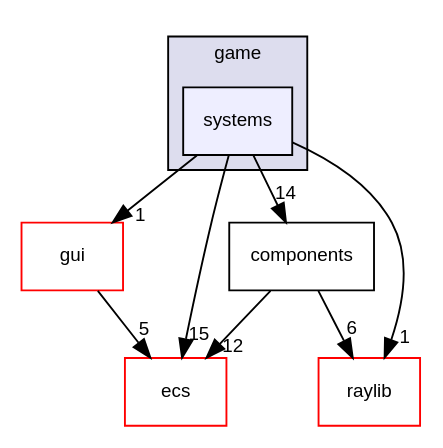
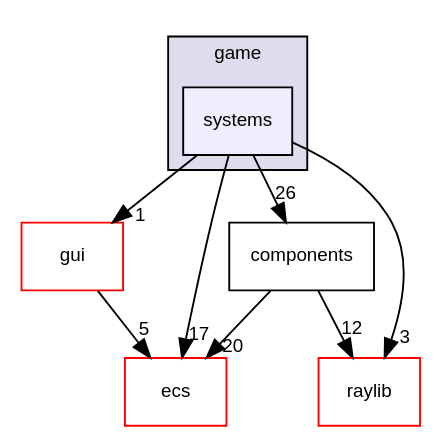
One commit to MisterPeModder/Bomberman-Global-Offensive changed the diagram in dir_46fb37fa78f646487908f22377b88dd8_dep.dot. Above: the diagram before and after it, drawn with Graphviz. The commit also changed 588 other files, not shown here.

```diff
--- a/dir_46fb37fa78f646487908f22377b88dd8_dep.dot
+++ b/dir_46fb37fa78f646487908f22377b88dd8_dep.dot
@@ -1,20 +1,20 @@
 digraph "src/game/systems" {
   compound=true
   node [ fontsize="10", fontname="Helvetica"];
   edge [ labelfontsize="10", labelfontname="Helvetica"];
   subgraph clusterdir_1699be727a800b1d059c6f7f2b91d2ee {
     graph [ bgcolor="#ddddee", pencolor="black", label="game" fontname="Helvetica", fontsize="10", URL="dir_1699be727a800b1d059c6f7f2b91d2ee.html"]
   dir_46fb37fa78f646487908f22377b88dd8 [shape=box, label="systems", style="filled", fillcolor="#eeeeff", pencolor="black", URL="dir_46fb37fa78f646487908f22377b88dd8.html"];
   }
   dir_a5f74f5d785ec5e5a721a58d25c88c44 [shape=box label="components" URL="dir_a5f74f5d785ec5e5a721a58d25c88c44.html"];
   dir_0eb5bc4df32830927d4599d5e42d522d [shape=box label="gui" fillcolor="white" style="filled" color="red" URL="dir_0eb5bc4df32830927d4599d5e42d522d.html"];
   dir_ddca5f149c4ce13074f28b270e950ba9 [shape=box label="ecs" fillcolor="white" style="filled" color="red" URL="dir_ddca5f149c4ce13074f28b270e950ba9.html"];
   dir_d4cc5f0b3cfddd1b0952a9e00053f649 [shape=box label="raylib" fillcolor="white" style="filled" color="red" URL="dir_d4cc5f0b3cfddd1b0952a9e00053f649.html"];
-  dir_a5f74f5d785ec5e5a721a58d25c88c44->dir_ddca5f149c4ce13074f28b270e950ba9 [headlabel="12", labeldistance=1.5 headhref="dir_000008_000001.html"];
-  dir_a5f74f5d785ec5e5a721a58d25c88c44->dir_d4cc5f0b3cfddd1b0952a9e00053f649 [headlabel="6", labeldistance=1.5 headhref="dir_000008_000009.html"];
-  dir_46fb37fa78f646487908f22377b88dd8->dir_a5f74f5d785ec5e5a721a58d25c88c44 [headlabel="14", labeldistance=1.5 headhref="dir_000016_000008.html"];
-  dir_46fb37fa78f646487908f22377b88dd8->dir_0eb5bc4df32830927d4599d5e42d522d [headlabel="1", labeldistance=1.5 headhref="dir_000016_000011.html"];
-  dir_46fb37fa78f646487908f22377b88dd8->dir_ddca5f149c4ce13074f28b270e950ba9 [headlabel="15", labeldistance=1.5 headhref="dir_000016_000001.html"];
-  dir_46fb37fa78f646487908f22377b88dd8->dir_d4cc5f0b3cfddd1b0952a9e00053f649 [headlabel="1", labeldistance=1.5 headhref="dir_000016_000009.html"];
-  dir_0eb5bc4df32830927d4599d5e42d522d->dir_ddca5f149c4ce13074f28b270e950ba9 [headlabel="5", labeldistance=1.5 headhref="dir_000011_000001.html"];
+  dir_a5f74f5d785ec5e5a721a58d25c88c44->dir_ddca5f149c4ce13074f28b270e950ba9 [headlabel="20", labeldistance=1.5 headhref="dir_000008_000001.html"];
+  dir_a5f74f5d785ec5e5a721a58d25c88c44->dir_d4cc5f0b3cfddd1b0952a9e00053f649 [headlabel="12", labeldistance=1.5 headhref="dir_000008_000010.html"];
+  dir_46fb37fa78f646487908f22377b88dd8->dir_a5f74f5d785ec5e5a721a58d25c88c44 [headlabel="26", labeldistance=1.5 headhref="dir_000009_000008.html"];
+  dir_46fb37fa78f646487908f22377b88dd8->dir_0eb5bc4df32830927d4599d5e42d522d [headlabel="1", labeldistance=1.5 headhref="dir_000009_000015.html"];
+  dir_46fb37fa78f646487908f22377b88dd8->dir_ddca5f149c4ce13074f28b270e950ba9 [headlabel="17", labeldistance=1.5 headhref="dir_000009_000001.html"];
+  dir_46fb37fa78f646487908f22377b88dd8->dir_d4cc5f0b3cfddd1b0952a9e00053f649 [headlabel="3", labeldistance=1.5 headhref="dir_000009_000010.html"];
+  dir_0eb5bc4df32830927d4599d5e42d522d->dir_ddca5f149c4ce13074f28b270e950ba9 [headlabel="5", labeldistance=1.5 headhref="dir_000015_000001.html"];
 }
```
